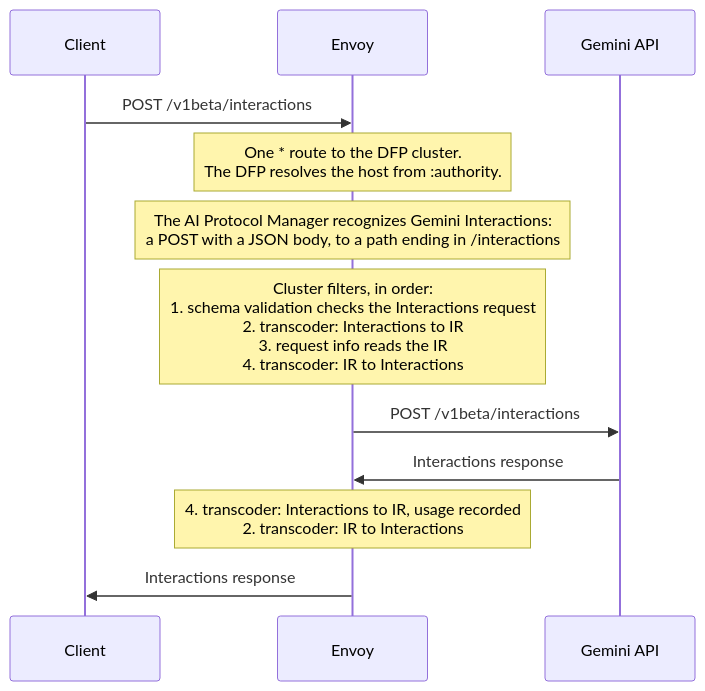
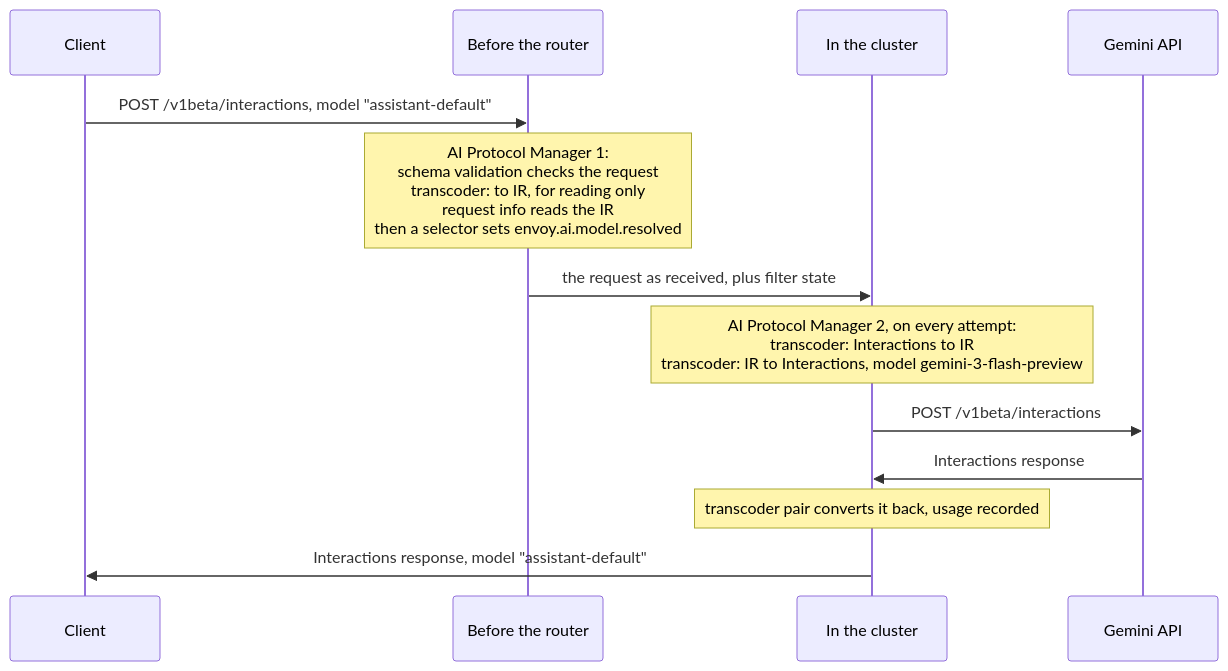
Before and after one commit to botengyao/envoy: the diagram in source/docs/ai_gemini_interactions.md, drawn with Mermaid. The commit also changed other lines of this file, not shown here.

Commit message:
ai_protocol_manager: split Gemini Interactions across two AI Protocol Managers

````diff
--- a/source/docs/ai_gemini_interactions.md
+++ b/source/docs/ai_gemini_interactions.md
@@ -158,14 +160,15 @@
 ```mermaid
 sequenceDiagram
     participant C as Client
-    participant E as Envoy
+    participant D as Before the router
+    participant U as In the cluster
     participant G as Gemini API
-    C->>E: POST /v1beta/interactions
-    Note over E: One * route to the DFP cluster.<br/>The DFP resolves the host from :authority.
-    Note over E: The AI Protocol Manager recognizes Gemini Interactions:<br/>a POST with a JSON body, to a path ending in /interactions
-    Note over E: Cluster filters, in order:<br/>1. schema validation checks the Interactions request<br/>2. transcoder: Interactions to IR<br/>3. request info reads the IR<br/>4. transcoder: IR to Interactions
-    E->>G: POST /v1beta/interactions
-    G->>E: Interactions response
-    Note over E: 4. transcoder: Interactions to IR, usage recorded<br/>2. transcoder: IR to Interactions
-    E->>C: Interactions response
+    C->>D: POST /v1beta/interactions, model "assistant-default"
+    Note over D: AI Protocol Manager 1:<br/>schema validation checks the request<br/>transcoder: to IR, for reading only<br/>request info reads the IR<br/>then a selector sets envoy.ai.model.resolved
+    D->>U: the request as received, plus filter state
+    Note over U: AI Protocol Manager 2, on every attempt:<br/>transcoder: Interactions to IR<br/>transcoder: IR to Interactions, model gemini-3-flash-preview
+    U->>G: POST /v1beta/interactions
+    G->>U: Interactions response
+    Note over U: transcoder pair converts it back, usage recorded
+    U->>C: Interactions response, model "assistant-default"
 ```
````
